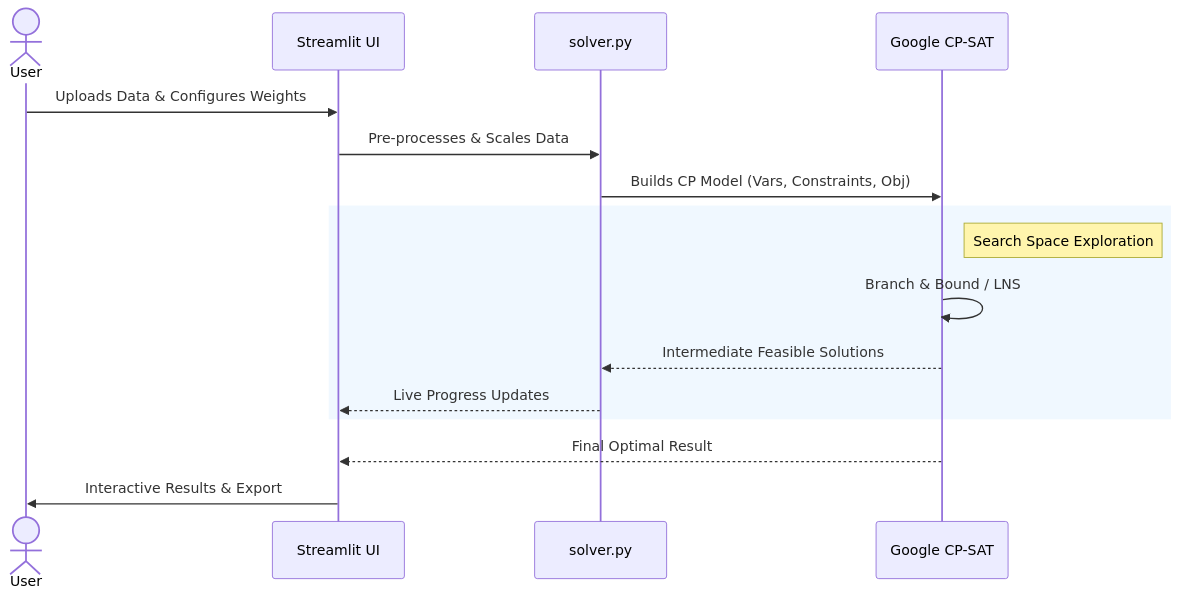
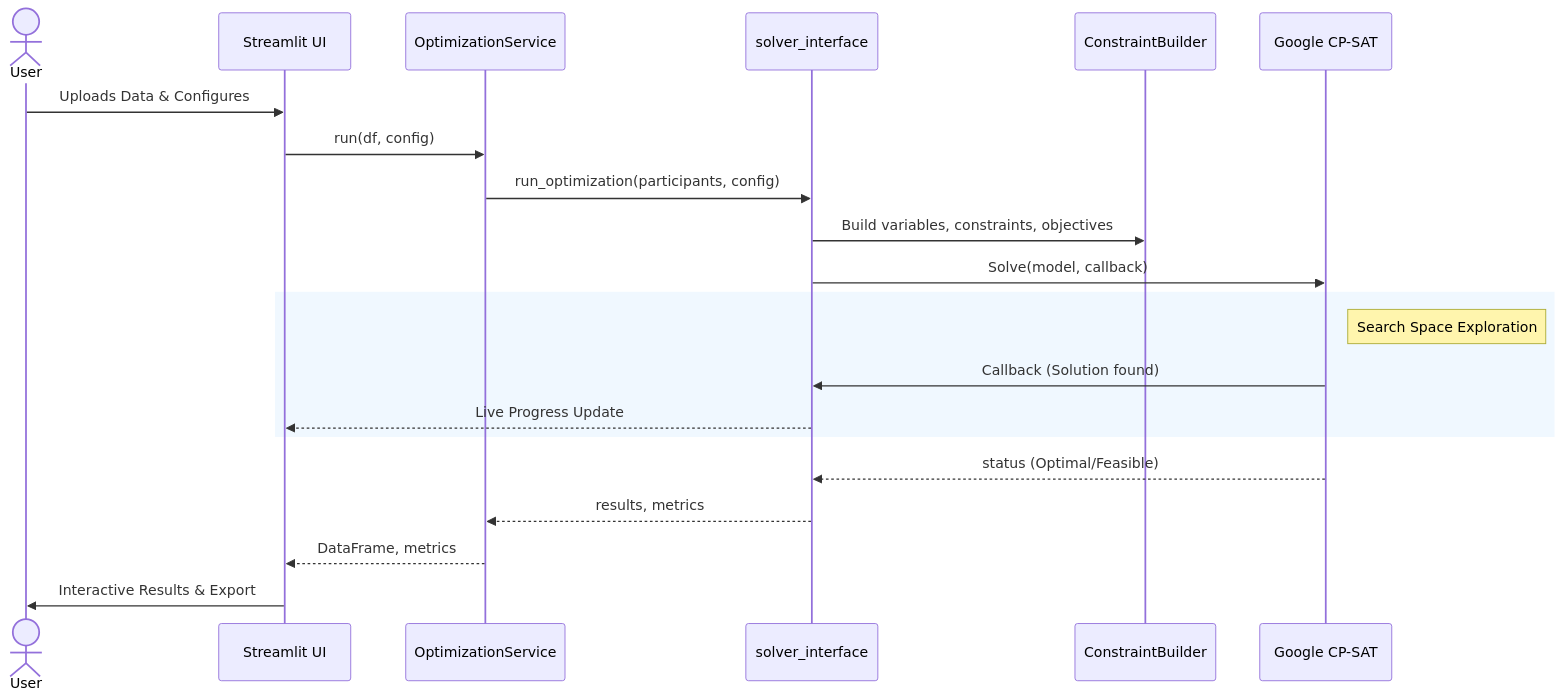
The first of 2 diagrams in README.md (genes3e7/Group-Balancer), drawn with Mermaid before and after one commit. The commit also changed other lines of this file and 41 other files, not shown here.

````diff
--- a/README.md
+++ b/README.md
@@ -104,21 +118,26 @@
 ```mermaid
 sequenceDiagram
     actor User
     participant UI as Streamlit UI
-    participant Core as solver.py
+    participant Service as OptimizationService
+    participant Interface as solver_interface
+    participant Builder as ConstraintBuilder
     participant SAT as Google CP-SAT
 
-    User->>UI: Uploads Data & Configures Weights
-    UI->>Core: Pre-processes & Scales Data
-    Core->>SAT: Builds CP Model (Vars, Constraints, Obj)
+    User->>UI: Uploads Data & Configures
+    UI->>Service: run(df, config)
+    Service->>Interface: run_optimization(participants, config)
+    Interface->>Builder: Build variables, constraints, objectives
+    Interface->>SAT: Solve(model, callback)
     
     rect rgb(240, 248, 255)
     note right of SAT: Search Space Exploration
-    SAT->>SAT: Branch & Bound / LNS
-    SAT-->>Core: Intermediate Feasible Solutions
-    Core-->>UI: Live Progress Updates
+    SAT->>Interface: Callback (Solution found)
+    Interface-->>UI: Live Progress Update
     end
 
-    SAT-->>UI: Final Optimal Result
+    SAT-->>Interface: status (Optimal/Feasible)
+    Interface-->>Service: results, metrics
+    Service-->>UI: DataFrame, metrics
     UI->>User: Interactive Results & Export
 ```
````
